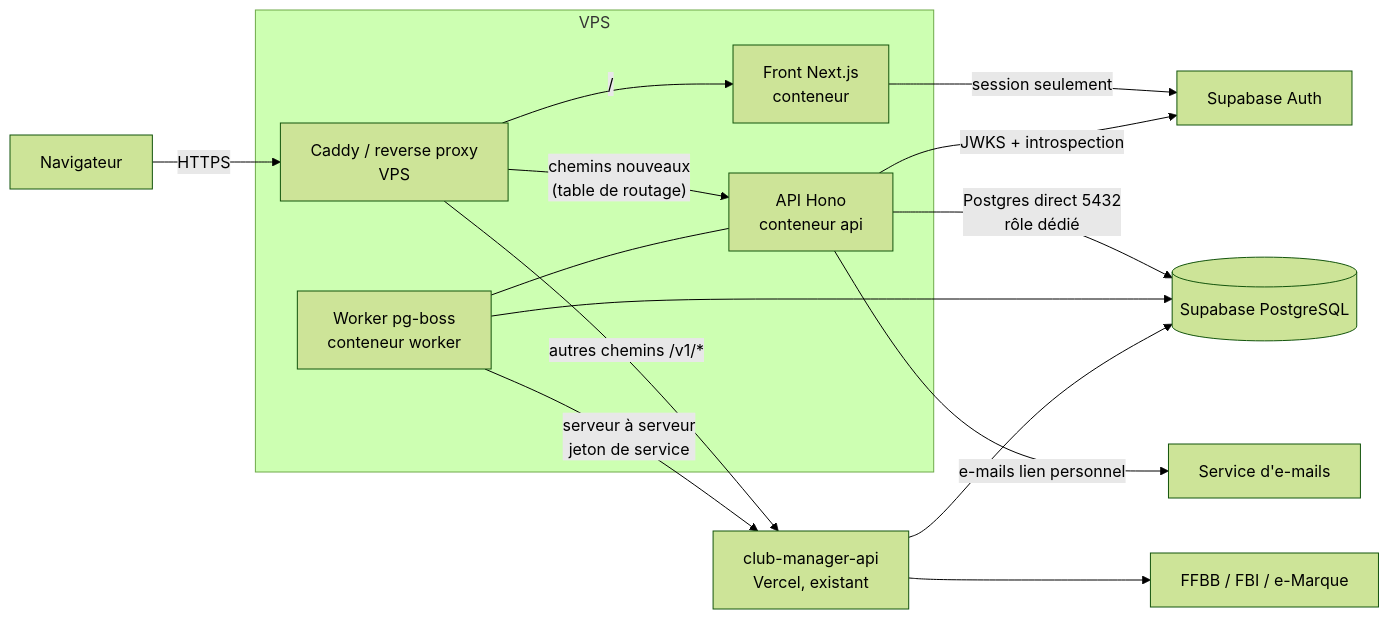
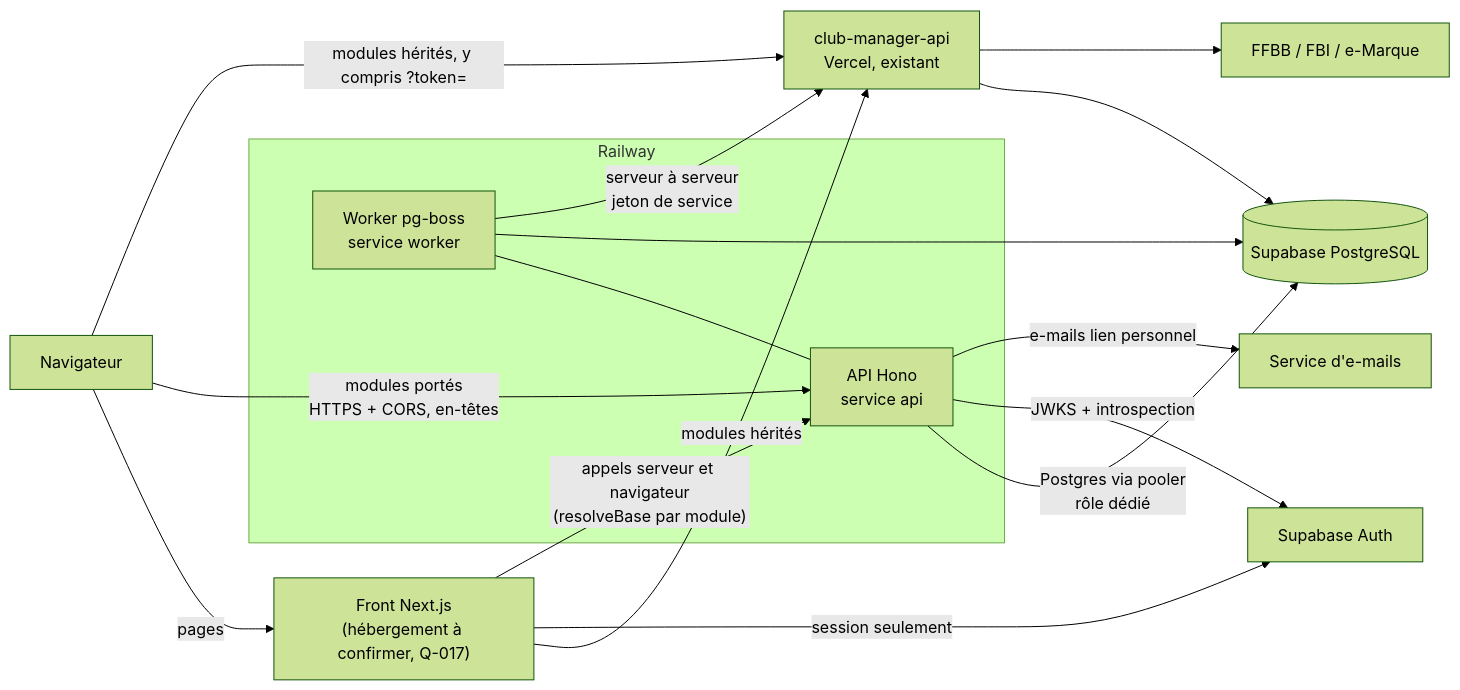
One commit to anisfut1/SCSB changed the first of 6 diagrams in docs/migration/05-architecture-cible.md. Above: the diagram before and after it, drawn with Mermaid (forest theme). The commit also changed other lines of this file and 15 other files, not shown here.

````diff
--- a/docs/migration/05-architecture-cible.md
+++ b/docs/migration/05-architecture-cible.md
@@ -25,18 +27,21 @@
 ```mermaid
 flowchart LR
-  U[Navigateur] -->|HTTPS| P[Caddy / reverse proxy<br/>VPS]
-  subgraph VPS
-    P -->|"/"| F[Front Next.js<br/>conteneur]
-    P -->|"chemins nouveaux<br/>(table de routage)"| A[API Hono<br/>conteneur api]
-    W[Worker pg-boss<br/>conteneur worker] --- A
+  U[Navigateur] -->|pages| F["Front Next.js<br/>(hébergement à confirmer, Q-017)"]
+  F -->|"appels serveur et navigateur<br/>(resolveBase par module)"| A
+  U -->|"modules portés<br/>HTTPS + CORS, en-têtes"| A
+  U -->|"modules hérités, y compris ?token="| L
+  F -->|modules hérités| L
+  subgraph Railway
+    A["API Hono<br/>service api"]
+    W["Worker pg-boss<br/>service worker"] --- A
   end
-  P -->|"autres chemins /v1/*"| L[club-manager-api<br/>Vercel, existant]
-  A -->|"Postgres direct 5432<br/>rôle dédié"| DB[(Supabase PostgreSQL)]
+  L["club-manager-api<br/>Vercel, existant"]
+  A -->|"Postgres via pooler<br/>rôle dédié"| DB[(Supabase PostgreSQL)]
   W --> DB
   L --> DB
   F -->|"session seulement"| AUTH[Supabase Auth]
   A -->|"JWKS + introspection"| AUTH
   W -->|"serveur à serveur<br/>jeton de service"| L
-  L --> EXT[FFBB / FBI / e-Marque]
+  L --> EXT["FFBB / FBI / e-Marque"]
   A -->|e-mails lien personnel| MAIL[Service d'e-mails]
 ```
````
